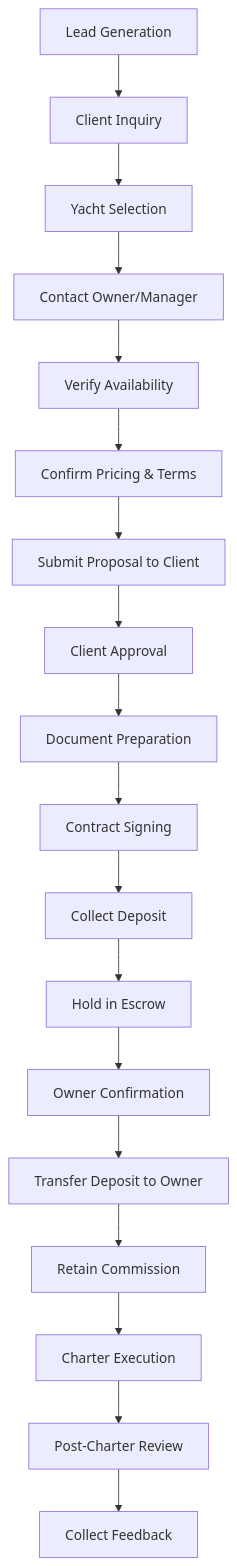
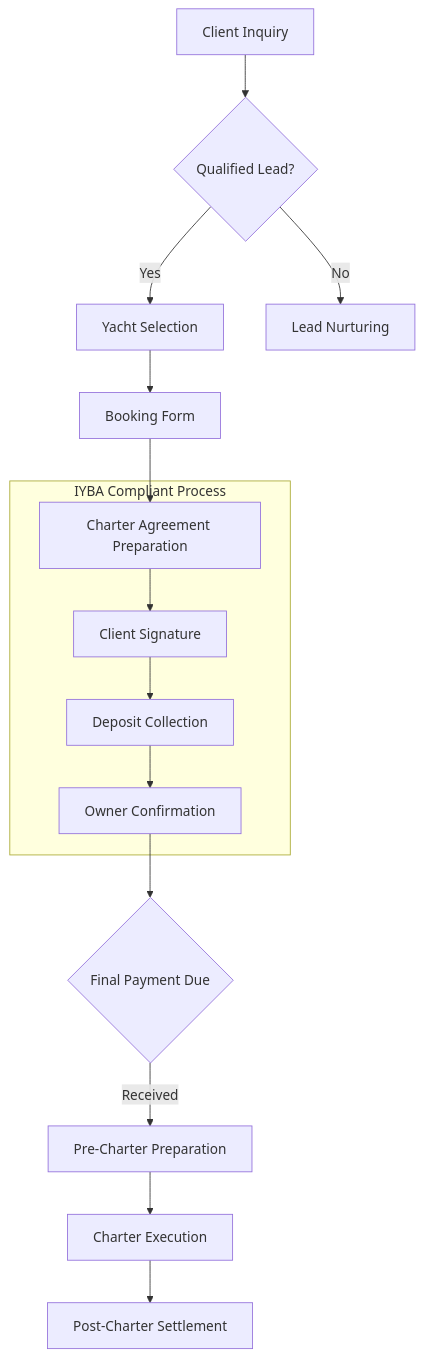
Before and after one commit to szemkoff/azurecharters: the fifth of 5 diagrams in docs/legal-framework/broker-legal-framework.md, drawn with Mermaid. The commit also changed other lines of this file and 1 other file, not shown here.

Commit message:
Add IYBA standards and Financial Transaction Framework to legal documentation

````diff
--- a/docs/legal-framework/broker-legal-framework.md
+++ b/docs/legal-framework/broker-legal-framework.md
@@ -114,20 +215,24 @@
 ```mermaid
 flowchart TD
-    Lead[Lead Generation] --> Inquiry[Client Inquiry]
-    Inquiry --> YachtSelection[Yacht Selection]
-    YachtSelection --> OwnerContact[Contact Owner/Manager]
-    OwnerContact --> Availability[Verify Availability]
-    Availability --> PricingTerms[Confirm Pricing & Terms]
-    PricingTerms --> ClientProposal[Submit Proposal to Client]
-    ClientProposal --> ClientApproval[Client Approval]
-    ClientApproval --> ContractPrep[Document Preparation]
-    ContractPrep --> ContractSign[Contract Signing]
-    ContractSign --> Deposit[Collect Deposit]
-    Deposit --> DepositHold[Hold in Escrow]
-    DepositHold --> OwnerConfirm[Owner Confirmation]
-    OwnerConfirm --> DepositTransfer[Transfer Deposit to Owner]
-    DepositTransfer --> Commission[Retain Commission]
-    Commission --> Charter[Charter Execution]
-    Charter --> PostCharter[Post-Charter Review]
-    PostCharter --> Feedback[Collect Feedback]
+    A[Client Inquiry] --> B{Qualified Lead?}
+    B -->|Yes| C[Yacht Selection]
+    B -->|No| D[Lead Nurturing]
+    
+    C --> E[Booking Form]
+    E --> F[Charter Agreement Preparation]
+    F --> G[Client Signature]
+    G --> H[Deposit Collection]
+    
+    H --> I[Owner Confirmation]
+    I --> J{Final Payment Due}
+    J -->|Received| K[Pre-Charter Preparation]
+    K --> L[Charter Execution]
+    L --> M[Post-Charter Settlement]
+    
+    subgraph "IYBA Compliant Process"
+    F
+    G
+    H
+    I
+    end
 ```
````
